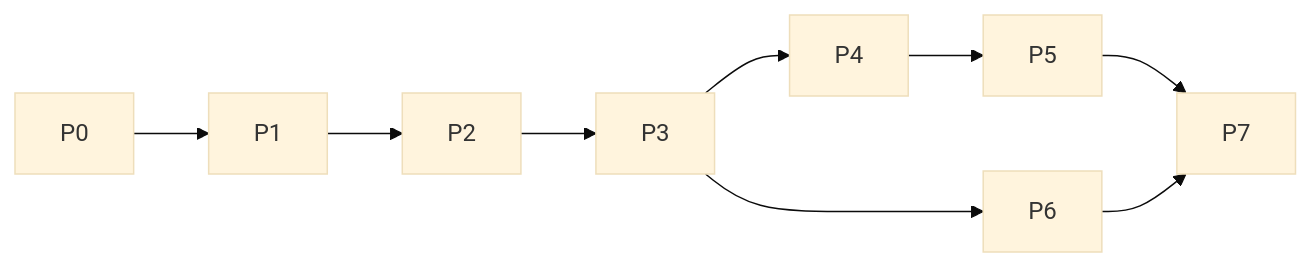
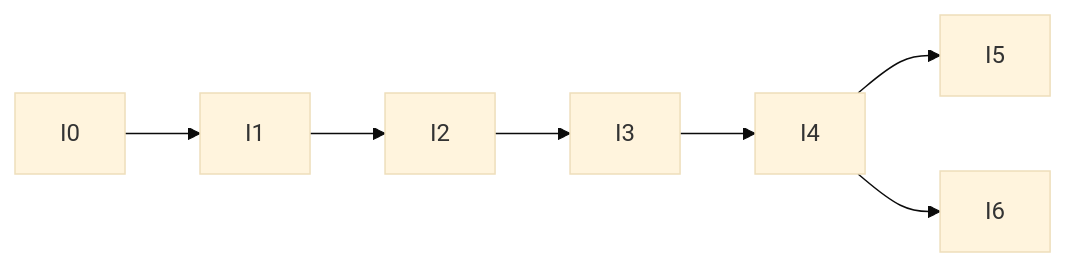
The diagram in docs/15-roadmap.md (wisdomdzontoh/ebads), drawn with Mermaid (base theme) before and after one commit. The commit also changed other lines of this file and 191 other files, not shown here.

````diff
--- a/docs/15-roadmap.md
+++ b/docs/15-roadmap.md
@@ -62,7 +76,5 @@
 ```mermaid
 flowchart LR
-  P0 --> P1 --> P2 --> P3 --> P4 --> P5
-  P3 --> P6
-  P5 --> P7
-  P6 --> P7
+  I0 --> I1 --> I2 --> I3 --> I4 --> I5
+  I4 --> I6
 ```
````
